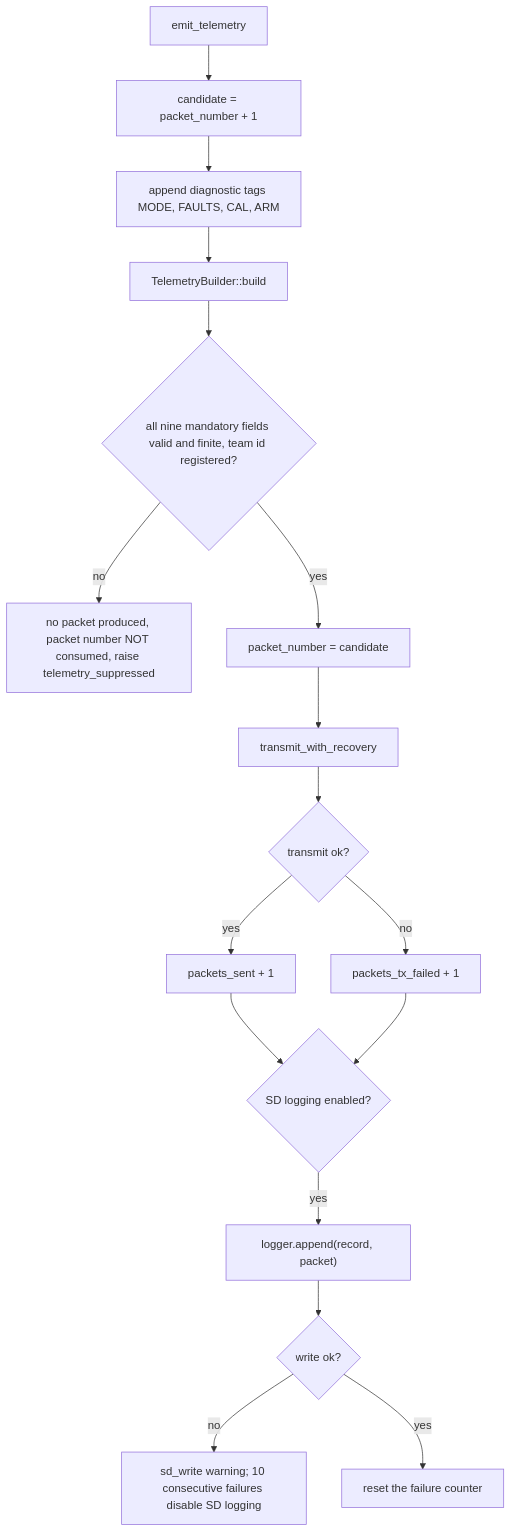
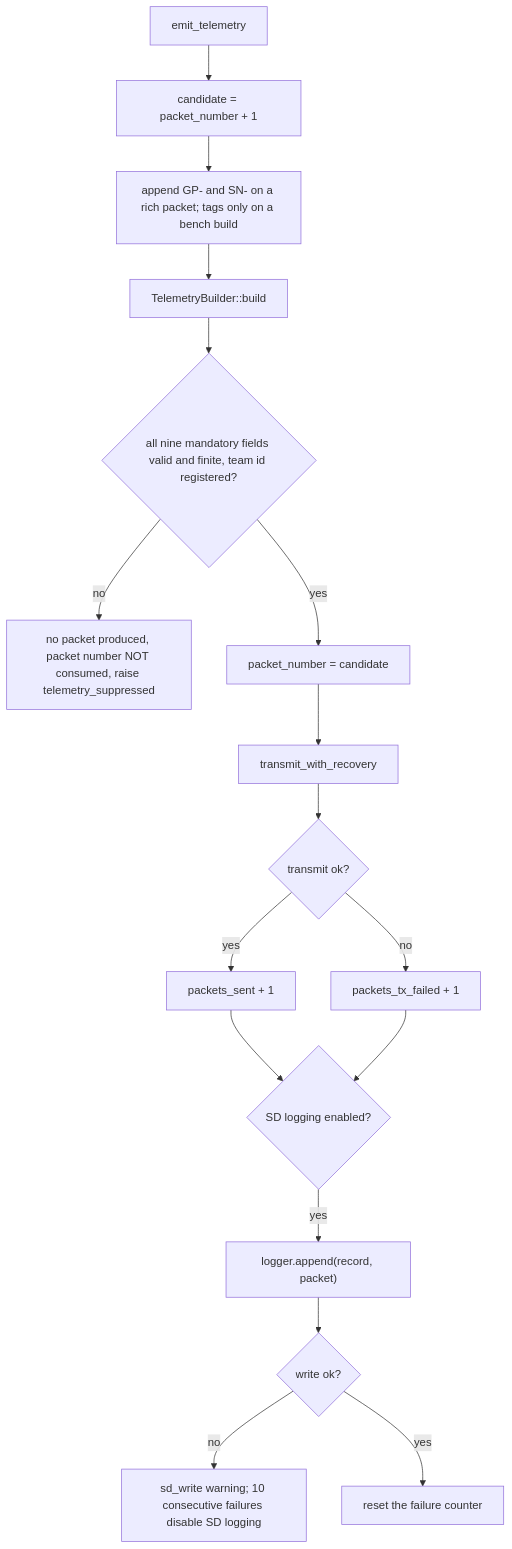
Before and after one commit to KunjSorathiya/CanSat-2026: the seventh of 9 diagrams in documentation/design/software-architecture.md, drawn with Mermaid. The commit also changed other lines of this file and 6 other files, not shown here.

````diff
--- a/documentation/design/software-architecture.md
+++ b/documentation/design/software-architecture.md
@@ -348,19 +348,19 @@
 ```mermaid
 flowchart TD
     A["emit_telemetry"] --> B["candidate = packet_number + 1"]
-    B --> C["append diagnostic tags MODE, FAULTS, CAL, ARM"]
+    B --> C["append GP- and SN- on a rich packet; tags only on a bench build"]
     C --> D["TelemetryBuilder::build"]
     D --> E{"all nine mandatory fields valid and finite, team id registered?"}
     E -- no --> F["no packet produced, packet number NOT consumed, raise telemetry_suppressed"]
     E -- yes --> G["packet_number = candidate"]
     G --> H["transmit_with_recovery"]
     H --> I{"transmit ok?"}
     I -- yes --> J["packets_sent + 1"]
     I -- no --> K["packets_tx_failed + 1"]
     J --> L{"SD logging enabled?"}
     K --> L
     L -- yes --> M["logger.append(record, packet)"]
     M --> N{"write ok?"}
     N -- no --> O["sd_write warning; 10 consecutive failures disable SD logging"]
     N -- yes --> P["reset the failure counter"]
 ```
````
